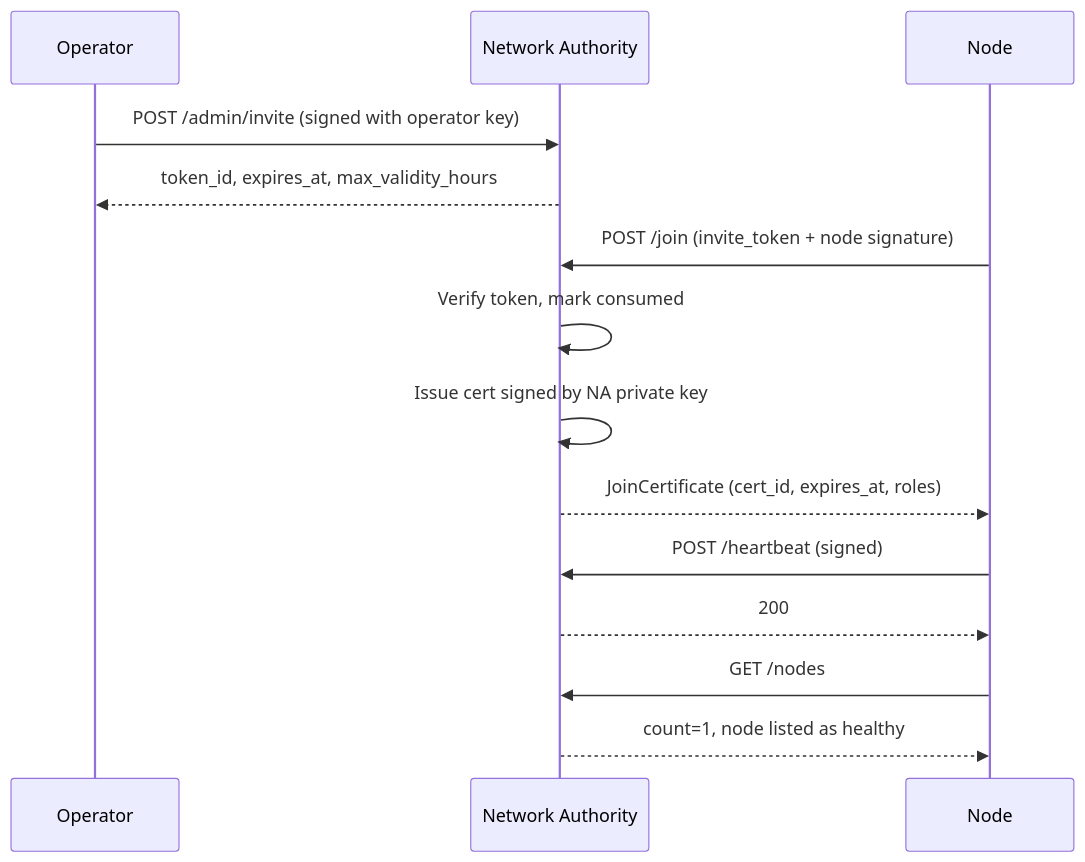
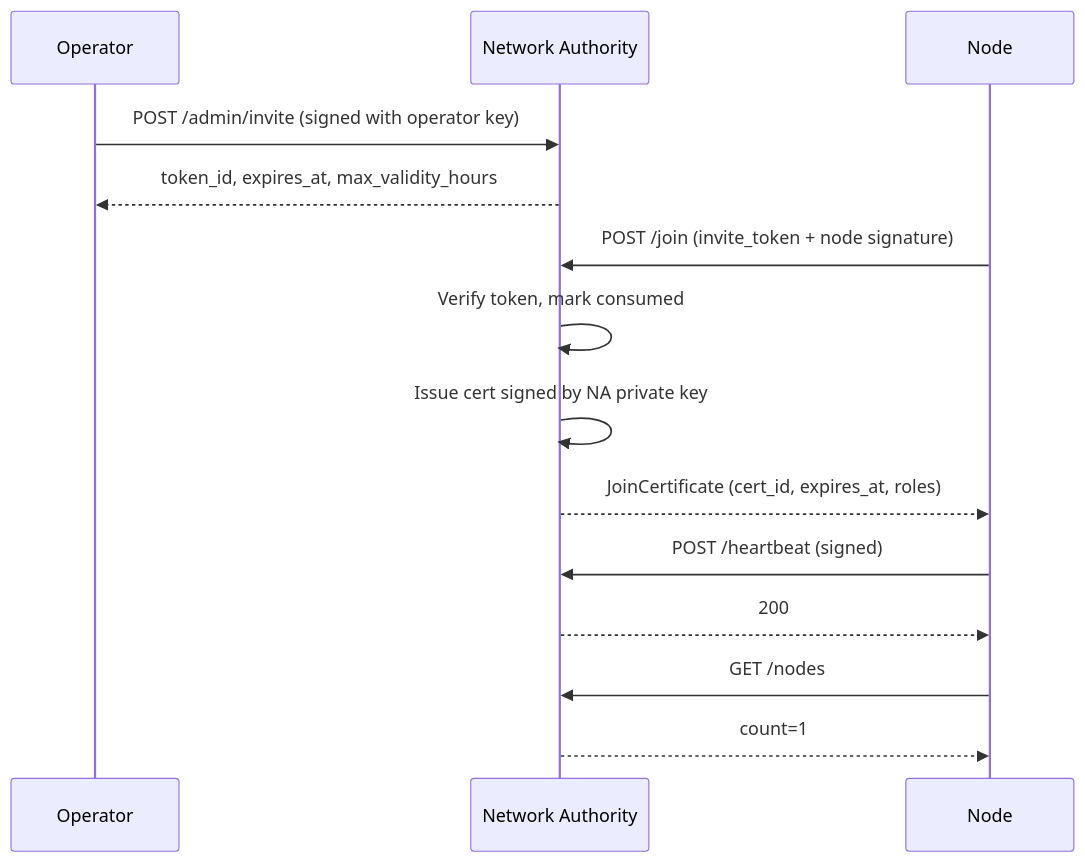
Before and after one commit to GenesisMeshLabs/genesismesh: the first of 6 diagrams in docs/examples/demos-capability.md, drawn with Mermaid. The commit also changed other lines of this file and 119 other files, not shown here.

````diff
--- a/docs/examples/demos-capability.md
+++ b/docs/examples/demos-capability.md
@@ -23,20 +69,20 @@
 ```{mermaid}
 sequenceDiagram
     participant OP as Operator
     participant NA as Network Authority
     participant N as Node
 
     OP->>NA: POST /admin/invite (signed with operator key)
     NA-->>OP: token_id, expires_at, max_validity_hours
 
     N->>NA: POST /join (invite_token + node signature)
     NA->>NA: Verify token, mark consumed
     NA->>NA: Issue cert signed by NA private key
     NA-->>N: JoinCertificate (cert_id, expires_at, roles)
 
     N->>NA: POST /heartbeat (signed)
     NA-->>N: 200
 
     N->>NA: GET /nodes
-    NA-->>N: count=1, node listed as healthy
+    NA-->>N: count=1
 ```
````
